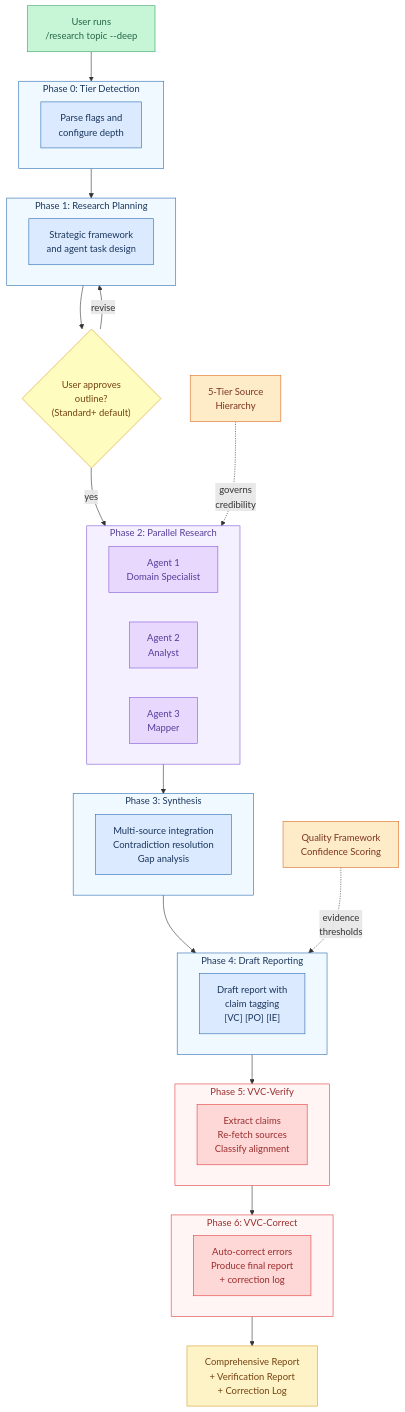
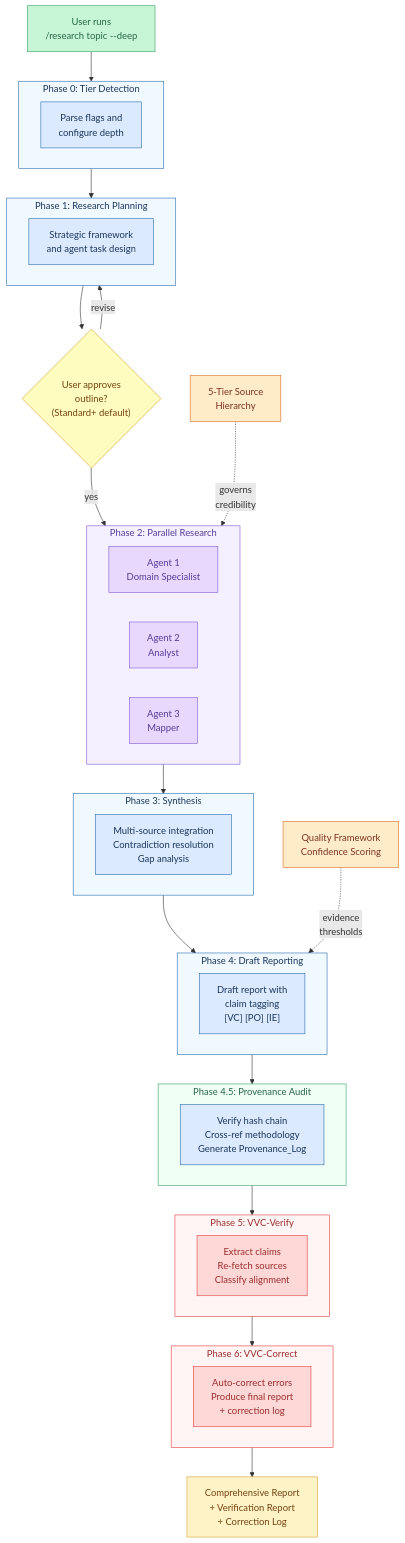
Before and after one commit to reggiechan74/deep-research-engine-creator: the second of 2 diagrams in README.md, drawn with Mermaid. The commit also changed other lines of this file and 11 other files, not shown here.

First line of the commit message:
feat: add cryptographic provenance system — SHA-256 hash chains for tamper-evident source audit trails

````diff
--- a/README.md
+++ b/README.md
@@ -377,6 +380,10 @@
         DRAFT["Draft report with<br/>claim tagging<br/>[VC] [PO] [IE]"]
     end
 
+    subgraph P45["Phase 4.5: Provenance Audit"]
+        PROV["Verify hash chain<br/>Cross-ref methodology<br/>Generate Provenance_Log"]
+    end
+
     subgraph P5["Phase 5: VVC-Verify"]
         VER["Extract claims<br/>Re-fetch sources<br/>Classify alignment"]
     end
@@ -398,7 +405,8 @@
     P2 --> P3
     P3 --> P4
     QUALITY -.->|"evidence<br/>thresholds"| P4
-    P4 --> P5
+    P4 --> P45
+    P45 --> P5
     P5 --> P6
     P6 --> REPORT
 
@@ -412,6 +420,7 @@
     class PARSE,PLAN,SYN phase
     class A1,A2,A3 agent
     class DRAFT phase
+    class PROV phase
     class VER,COR vvc
     classDef gate fill:#fefcbf,stroke:#d69e2e,color:#744210
 
@@ -425,6 +434,7 @@
     style P2 fill:#f5f0ff,stroke:#805ad5,color:#553c9a
     style P3 fill:#f0f9ff,stroke:#2b6cb0,color:#1a365d
     style P4 fill:#f0f9ff,stroke:#2b6cb0,color:#1a365d
+    style P45 fill:#f0fff4,stroke:#38a169,color:#276749
     style P5 fill:#fff5f5,stroke:#e53e3e,color:#9b2c2c
     style P6 fill:#fff5f5,stroke:#e53e3e,color:#9b2c2c
 ```
````
